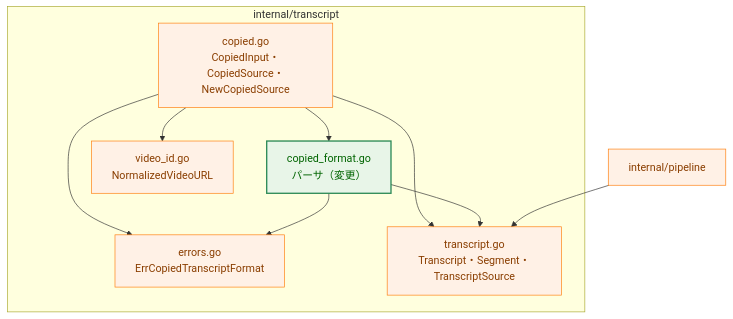
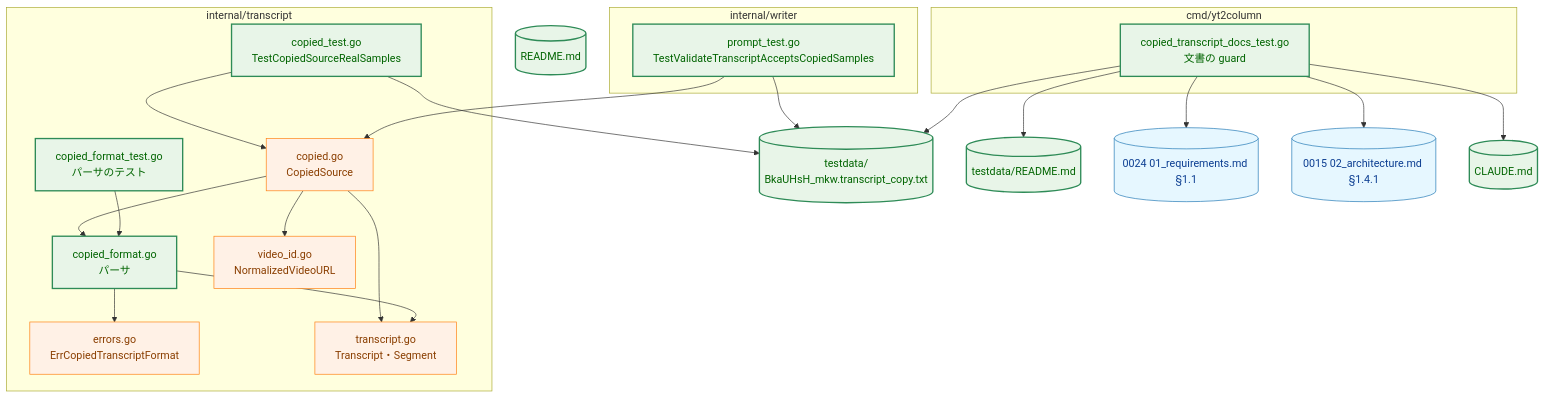
One commit to isseis/yt2column changed the fifth of 13 diagrams in docs/tasks/0024_copied_transcript_panel_lines/02_architecture.md. Above: the diagram before and after it, drawn with Mermaid. The commit also changed other lines of this file and 1 other file, not shown here.

First line of the commit message:
docs(0024): add form B chapter headings to the requirements and redraft the architecture (#314)

````diff
--- a/docs/tasks/0024_copied_transcript_panel_lines/02_architecture.md
+++ b/docs/tasks/0024_copied_transcript_panel_lines/02_architecture.md
@@ -116,26 +163,52 @@
 ```mermaid
 graph TB
+    classDef data fill:#e6f7ff,stroke:#1f77b4,stroke-width:1px,color:#0b3d91;
     classDef process fill:#fff1e6,stroke:#ff7f0e,stroke-width:1px,color:#8a3e00;
     classDef enhanced fill:#e8f5e8,stroke:#2e8b57,stroke-width:2px,color:#006400;
 
     subgraph TPKG ["internal/transcript"]
-        COPIED["copied.go<br>CopiedInput・CopiedSource・NewCopiedSource"]
-        FORMAT["copied_format.go<br>パーサ（変更）"]
+        COPIED["copied.go<br>CopiedSource"]
+        FORMAT["copied_format.go<br>パーサ"]
         ERRS["errors.go<br>ErrCopiedTranscriptFormat"]
-        TYPES["transcript.go<br>Transcript・Segment・TranscriptSource"]
+        TYPES["transcript.go<br>Transcript・Segment"]
         VID["video_id.go<br>NormalizedVideoURL"]
+        SAMPLETEST["copied_test.go<br>TestCopiedSourceRealSamples"]
+        FORMATTEST["copied_format_test.go<br>パーサのテスト"]
     end
 
-    PIPE["internal/pipeline"]
+    subgraph WPKG ["internal/writer"]
+        PROMPTTEST["prompt_test.go<br>TestValidateTranscriptAcceptsCopiedSamples"]
+    end
+
+    subgraph CMDPKG ["cmd/yt2column"]
+        GUARD["copied_transcript_docs_test.go<br>文書の guard"]
+    end
+
+    SAMPLE[("testdata/<br>BkaUHsH_mkw.transcript_copy.txt")]
+    README[("testdata/README.md")]
+    REQ[("0024 01_requirements.md §1.1")]
+    SURVEY[("0015 02_architecture.md §1.4.1")]
+    CLAUDEMD[("CLAUDE.md")]
+    USERREADME[("README.md")]
 
     COPIED --> FORMAT
     COPIED --> VID
     COPIED --> TYPES
-    COPIED --> ERRS
     FORMAT --> ERRS
     FORMAT --> TYPES
-    PIPE --> TYPES
+    SAMPLETEST --> COPIED
+    SAMPLETEST --> SAMPLE
+    FORMATTEST --> FORMAT
+    PROMPTTEST --> COPIED
+    PROMPTTEST --> SAMPLE
+    GUARD --> SAMPLE
+    GUARD --> README
+    GUARD --> REQ
+    GUARD --> SURVEY
+    GUARD --> CLAUDEMD
 
-    class FORMAT enhanced
-    class COPIED,ERRS,TYPES,VID,PIPE process
+    class FORMAT,SAMPLETEST,FORMATTEST,PROMPTTEST,GUARD enhanced
+    class COPIED,ERRS,TYPES,VID process
+    class SAMPLE,README,CLAUDEMD,USERREADME enhanced
+    class REQ,SURVEY data
 ```
````
